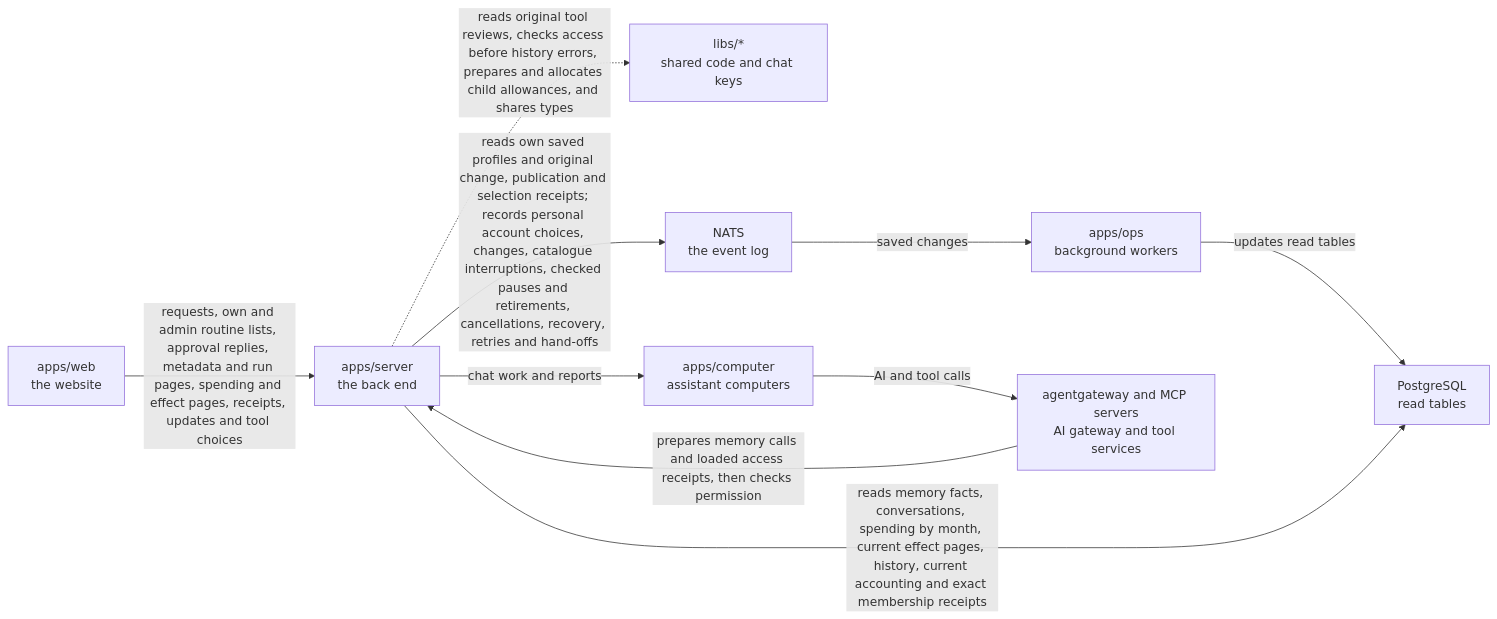
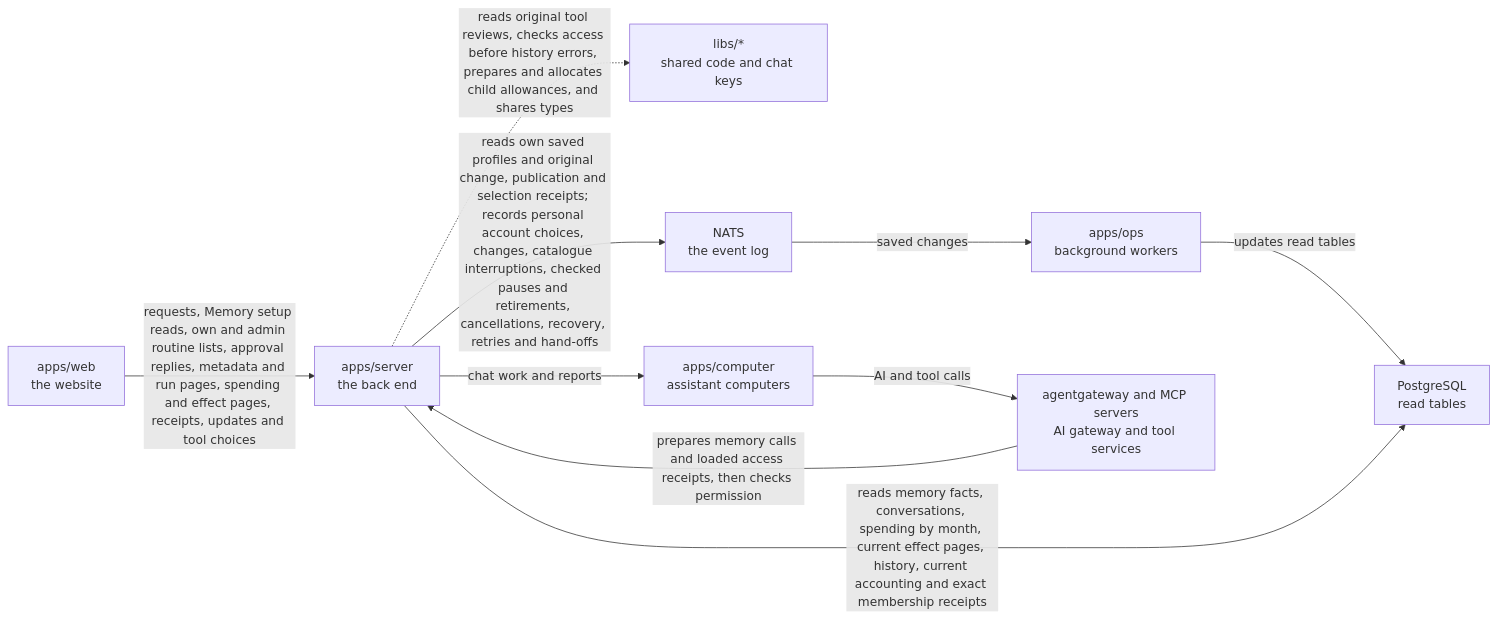
The diagram in apps/server/README.md (elewa-git/opencrane-new), drawn with Mermaid before and after one commit. The commit also changed other lines of this file and 17 other files, not shown here.

````diff
--- a/apps/server/README.md
+++ b/apps/server/README.md
@@ -62,12 +64,12 @@
 ```mermaid
 flowchart LR
-  web["apps/web<br/>the website"] -->|requests, own and admin routine lists, approval replies, metadata and run pages, spending and effect pages, receipts, updates and tool choices| server["apps/server<br/>the back end"]
+  web["apps/web<br/>the website"] -->|requests, Memory setup reads, own and admin routine lists, approval replies, metadata and run pages, spending and effect pages, receipts, updates and tool choices| server["apps/server<br/>the back end"]
   server -.->|reads original tool reviews, checks access before history errors, prepares and allocates child allowances, and shares types| libs["libs/*<br/>shared code and chat keys"]
   server -->|reads own saved profiles and original change, publication and selection receipts; records personal account choices, changes, catalogue interruptions, checked pauses and retirements, cancellations, recovery, retries and hand-offs| nats["NATS<br/>the event log"]
   nats -->|saved changes| ops["apps/ops<br/>background workers"]
   ops -->|updates read tables| postgres["PostgreSQL<br/>read tables"]
   server -->|reads memory facts, conversations, spending by month, current effect pages, history, current accounting and exact membership receipts| postgres
   server -->|chat work and reports| computer["apps/computer<br/>assistant computers"]
   computer -->|AI and tool calls| runtime["agentgateway and MCP servers<br/>AI gateway and tool services"]
   runtime -->|prepares memory calls and loaded access receipts, then checks permission| server
 ```
````
